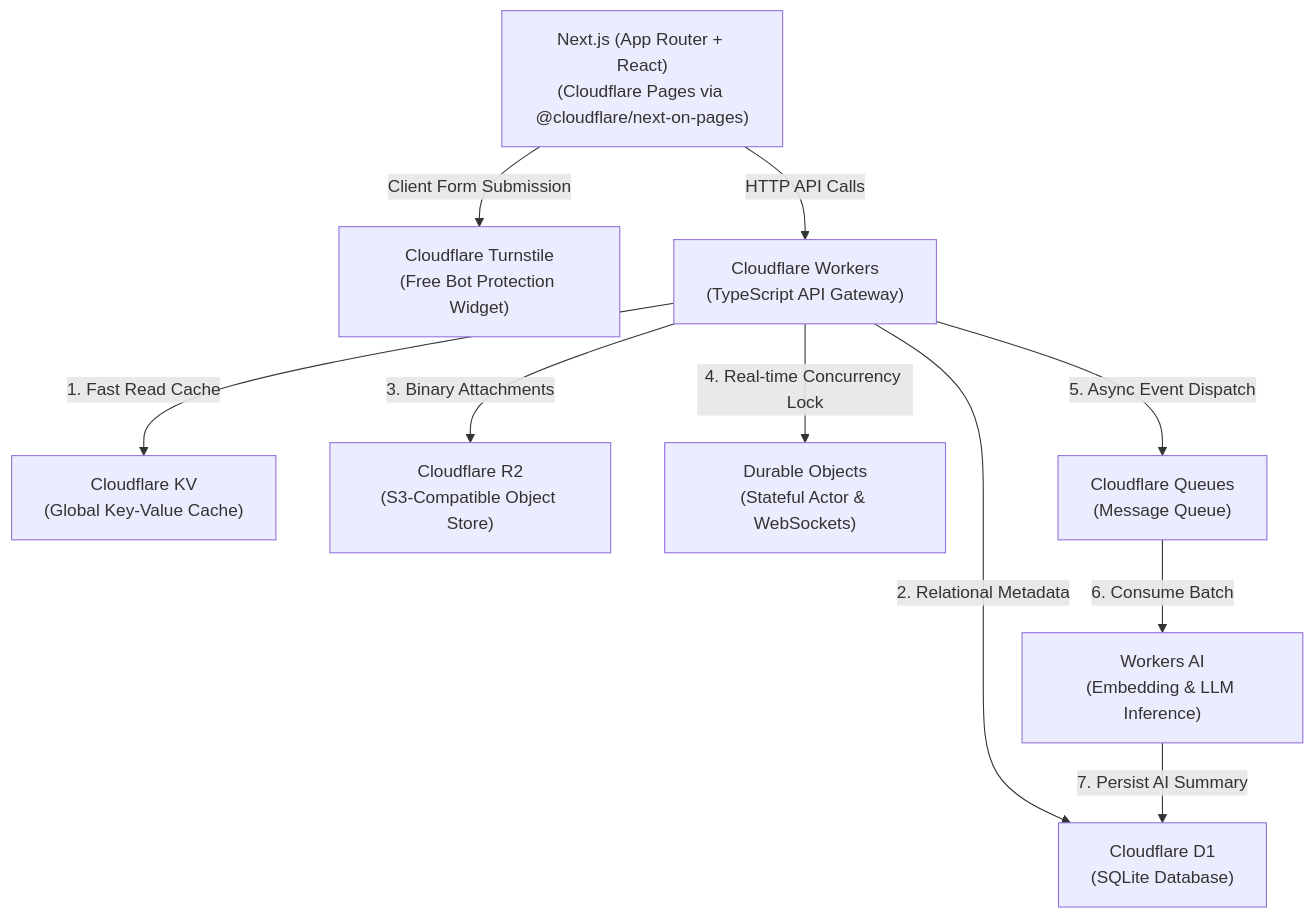
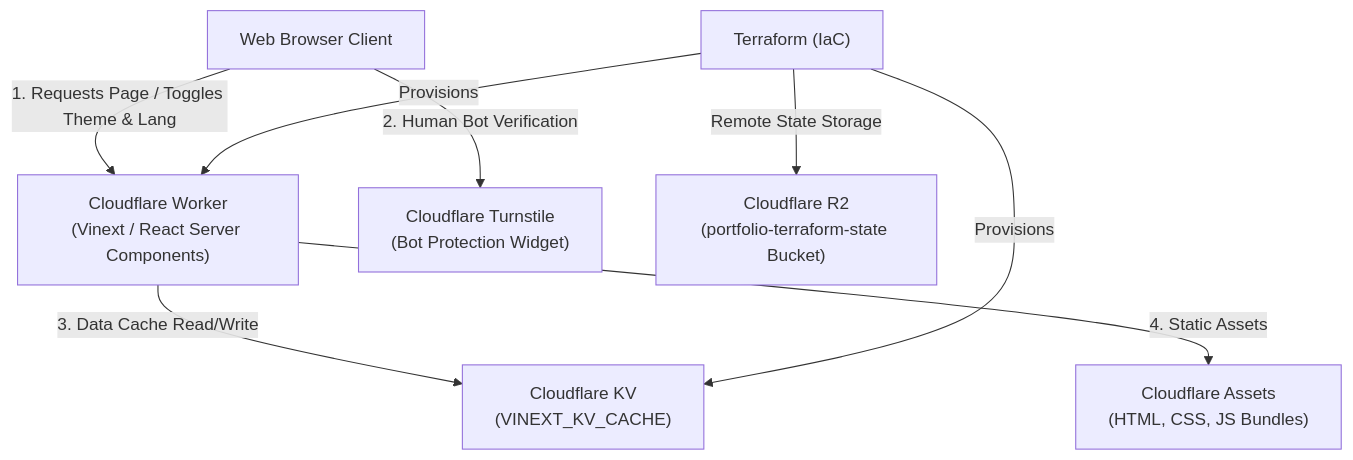
Before and after one commit to BradleyYeo/cf-fundametals: the diagram in README.md, drawn with Mermaid. The commit also changed other lines of this file and 4 other files, not shown here.

````diff
--- a/README.md
+++ b/README.md
@@ -19,14 +26,12 @@
 ```mermaid
 graph TD
-    Frontend["Next.js (App Router + React)<br/>(Cloudflare Pages via @cloudflare/next-on-pages)"] -->|"Client Form Submission"| Turnstile["Cloudflare Turnstile<br/>(Free Bot Protection Widget)"]
-    Frontend -->|"HTTP API Calls"| Worker["Cloudflare Workers<br/>(TypeScript API Gateway)"]
-
-    Worker -->|"1. Fast Read Cache"| KV["Cloudflare KV<br/>(Global Key-Value Cache)"]
-    Worker -->|"2. Relational Metadata"| D1["Cloudflare D1<br/>(SQLite Database)"]
-    Worker -->|"3. Binary Attachments"| R2["Cloudflare R2<br/>(S3-Compatible Object Store)"]
-    Worker -->|"4. Real-time Concurrency Lock"| DO["Durable Objects<br/>(Stateful Actor & WebSockets)"]
-
-    Worker -->|"5. Async Event Dispatch"| Queue["Cloudflare Queues<br/>(Message Queue)"]
-    Queue -->|"6. Consume Batch"| AI["Workers AI<br/>(Embedding & LLM Inference)"]
-    AI -->|"7. Persist AI Summary"| D1
+    User["Web Browser Client"] -->|"1. Requests Page / Toggles Theme & Lang"| VinextWorker["Cloudflare Worker<br/>(Vinext / React Server Components)"]
+    User -->|"2. Human Bot Verification"| Turnstile["Cloudflare Turnstile<br/>(Bot Protection Widget)"]
+    
+    VinextWorker -->|"3. Data Cache Read/Write"| KV["Cloudflare KV<br/>(VINEXT_KV_CACHE)"]
+    VinextWorker -->|"4. Static Assets"| Assets["Cloudflare Assets<br/>(HTML, CSS, JS Bundles)"]
+    
+    TF["Terraform (IaC)"] -->|"Remote State Storage"| R2["Cloudflare R2<br/>(portfolio-terraform-state Bucket)"]
+    TF -->|"Provisions"| KV
+    TF -->|"Provisions"| VinextWorker
 ```
````
